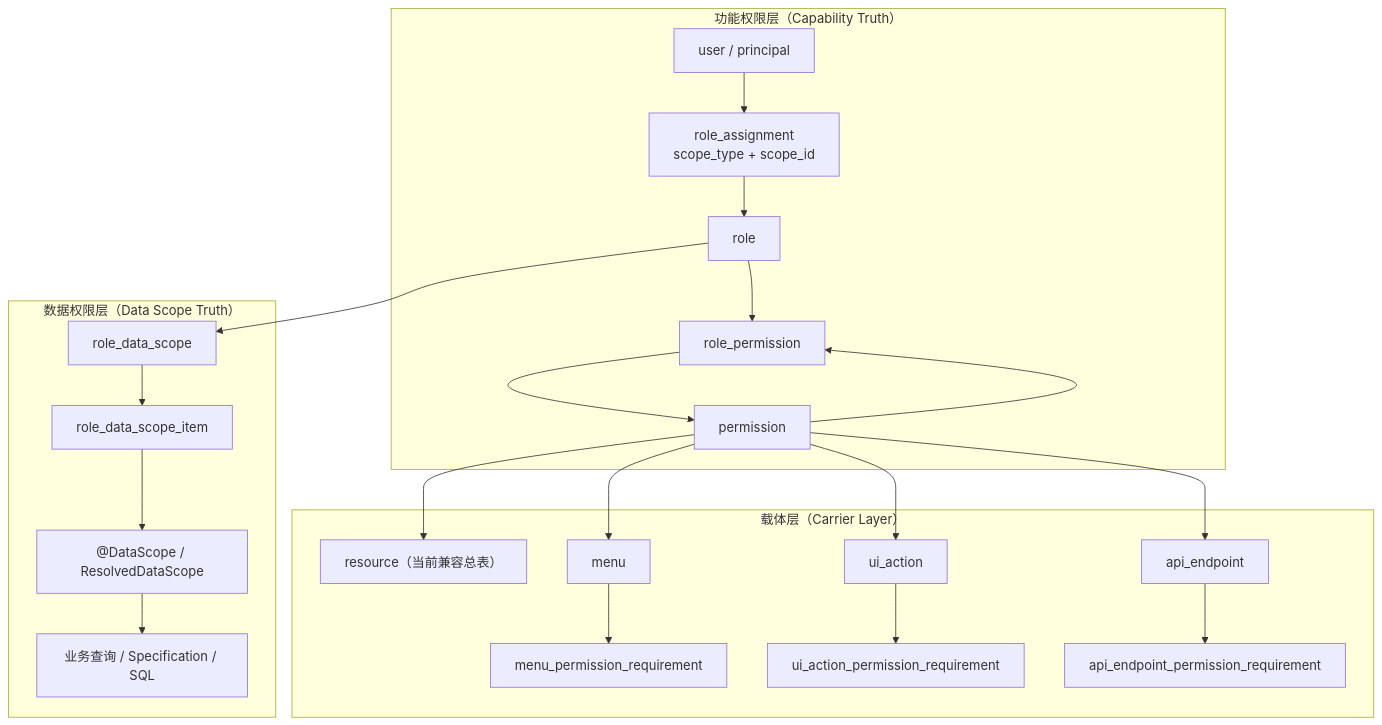
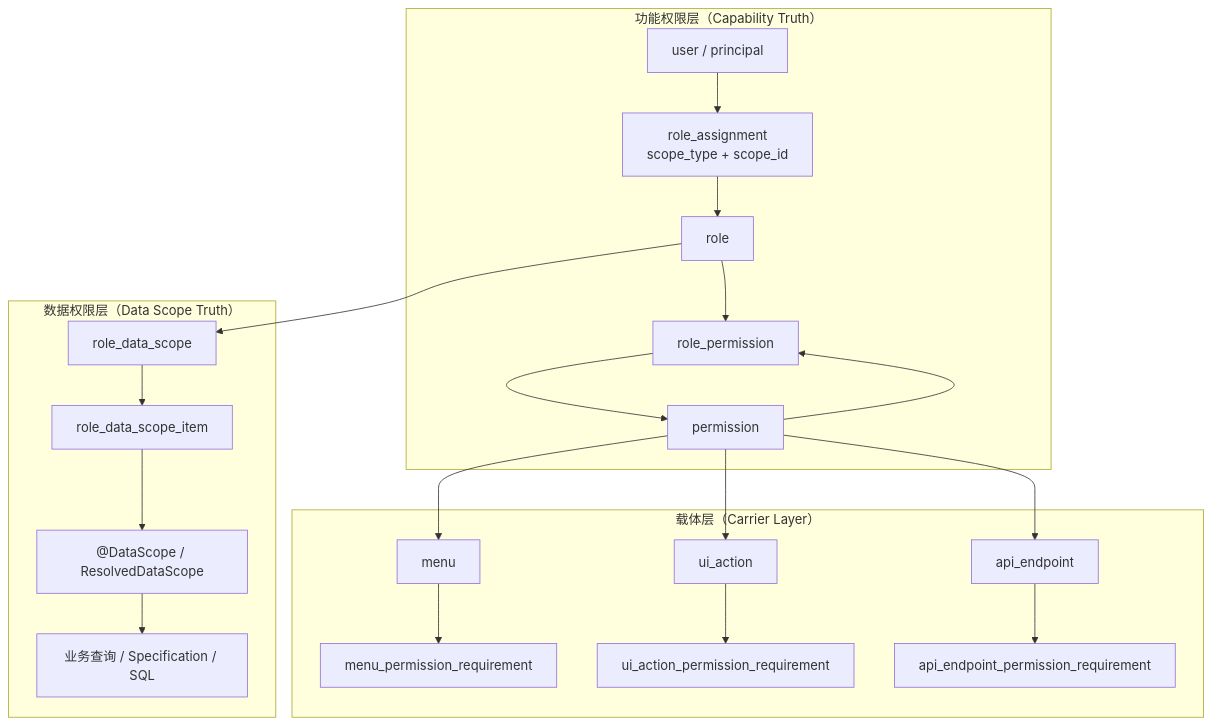
The diagram in docs/TINY_PLATFORM_AUTHORIZATION_LAYERED_MODEL.md (Sramler/tiny-platform), drawn with Mermaid before and after one commit. The commit also changed other lines of this file and 146 other files, not shown here.

````diff
--- a/docs/TINY_PLATFORM_AUTHORIZATION_LAYERED_MODEL.md
+++ b/docs/TINY_PLATFORM_AUTHORIZATION_LAYERED_MODEL.md
@@ -21,38 +21,36 @@
 ```mermaid
 flowchart TD
     subgraph "功能权限层（Capability Truth）"
         U["user / principal"]
         RA["role_assignment<br/>scope_type + scope_id"]
         R["role"]
         RP["role_permission"]
         P["permission"]
         U --> RA --> R --> RP --> P
     end
 
     subgraph "载体层（Carrier Layer）"
-        RES["resource（当前兼容总表）"]
         M["menu"]
         A["ui_action"]
         E["api_endpoint"]
         MREQ["menu_permission_requirement"]
         AREQ["ui_action_permission_requirement"]
         EREQ["api_endpoint_permission_requirement"]
     end
 
     subgraph "数据权限层（Data Scope Truth）"
         RDS["role_data_scope"]
         RDSI["role_data_scope_item"]
         DSC["@DataScope / ResolvedDataScope"]
         BQ["业务查询 / Specification / SQL"]
         R --> RDS --> RDSI --> DSC --> BQ
     end
 
     P --> RP
-    P --> RES
     P --> M
     P --> A
     P --> E
     M --> MREQ
     A --> AREQ
     E --> EREQ
 ```
````
